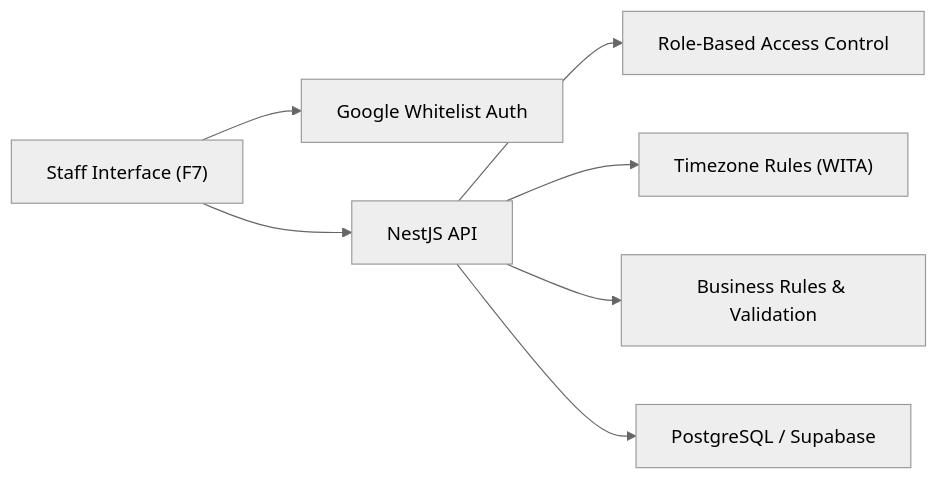
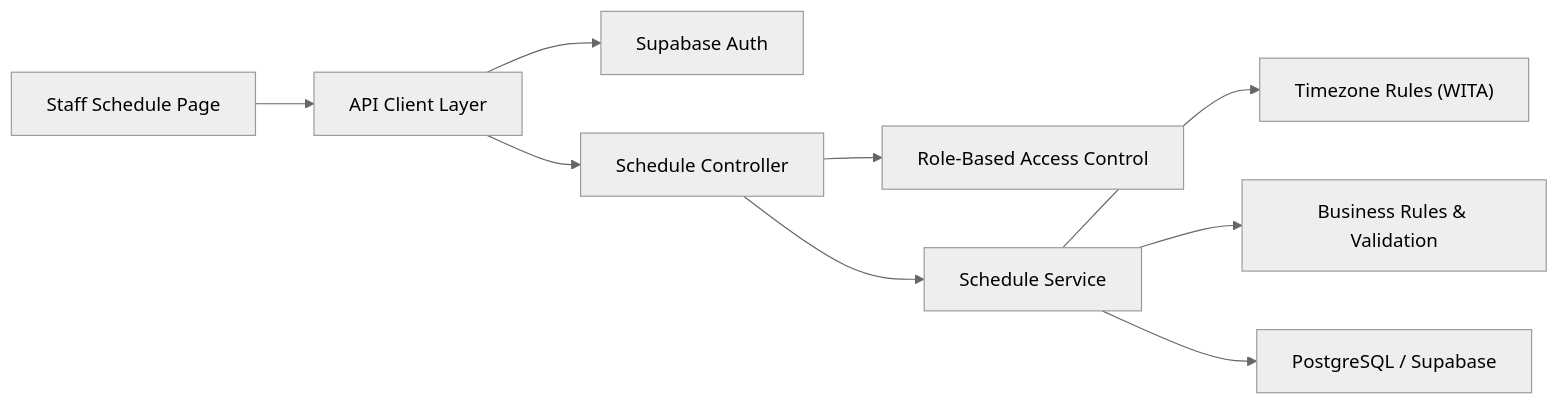
One commit to epo33m/scheduling changed the sixth of 6 diagrams in .qoder/repowiki/en/content/Product Requirements Document/Functional Specifications/Staff Interface Module (F7).md. Above: the diagram before and after it, drawn with Mermaid (neutral theme). The commit also changed other lines of this file and 77 other files, not shown here.

````diff
--- a/.qoder/repowiki/en/content/Product Requirements Document/Functional Specifications/Staff Interface Module (F7).md
+++ b/.qoder/repowiki/en/content/Product Requirements Document/Functional Specifications/Staff Interface Module (F7).md
@@ -318,9 +404,11 @@
 ```mermaid
 graph LR
-F7["Staff Interface (F7)"] --> Auth["Google Whitelist Auth"]
-F7 --> API["NestJS API"]
-API --> RBAC["Role-Based Access Control"]
-API --> TZ["Timezone Rules (WITA)"]
-API --> Rules["Business Rules & Validation"]
-API --> DB["PostgreSQL / Supabase"]
+F7["Staff Schedule Page"] --> API["API Client Layer"]
+API --> Auth["Supabase Auth"]
+API --> Controller["Schedule Controller"]
+Controller --> RBAC["Role-Based Access Control"]
+Controller --> Service["Schedule Service"]
+Service --> TZ["Timezone Rules (WITA)"]
+Service --> Rules["Business Rules & Validation"]
+Service --> DB["PostgreSQL / Supabase"]
 ```
````
